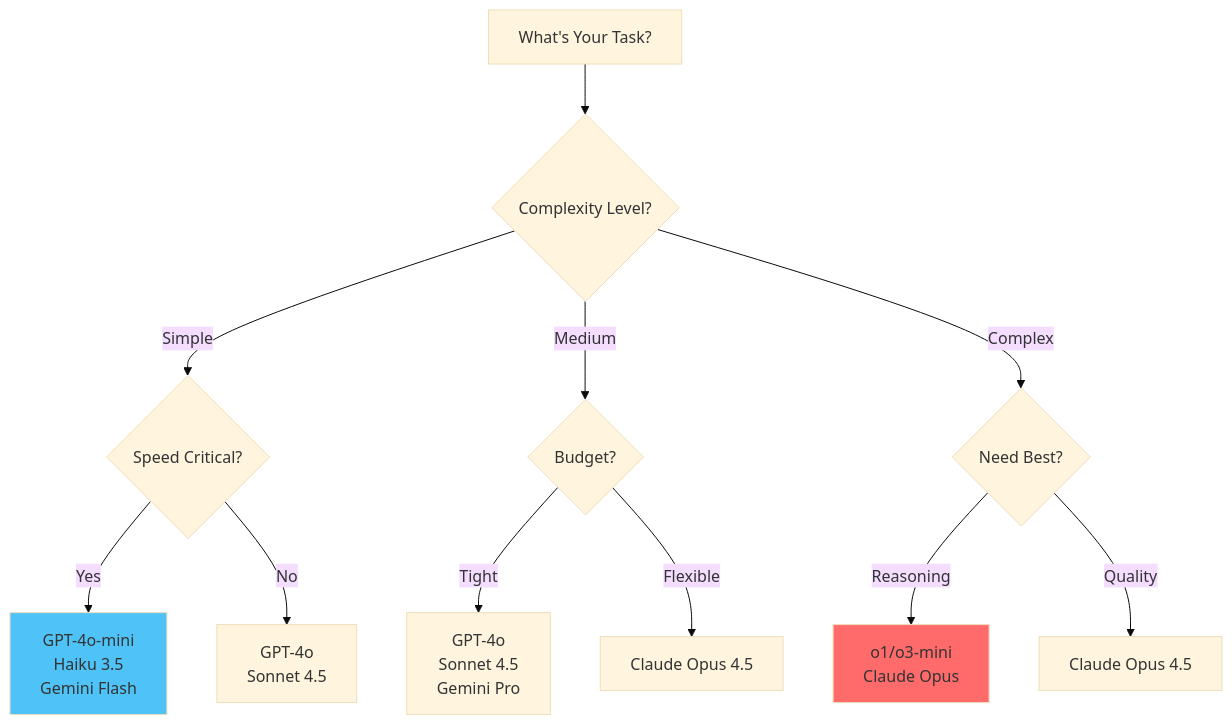
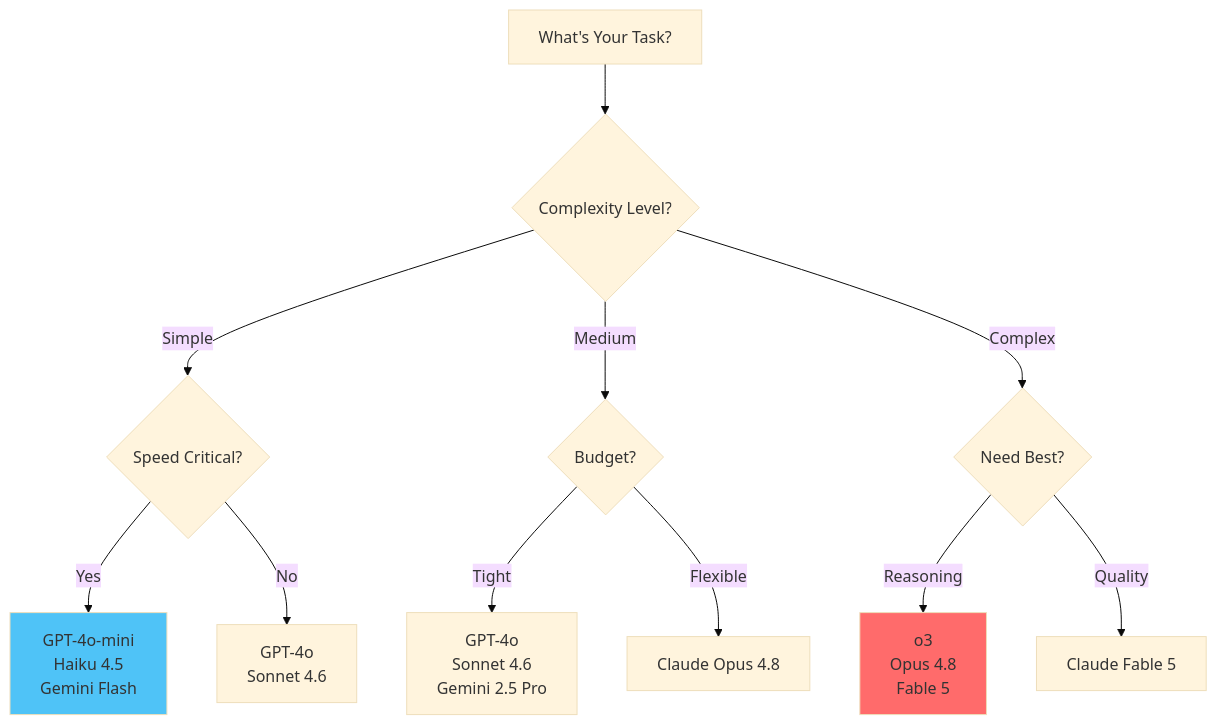
The sixth of 6 diagrams in public/data/workshops/workshop-02-morning-ai-api-access/01_concepts.md (DreamLab-AI/dreamlab-ai-website), drawn with Mermaid (base theme) before and after one commit. The commit also changed other lines of this file and 111 other files, not shown here.

````diff
--- a/public/data/workshops/workshop-02-morning-ai-api-access/01_concepts.md
+++ b/public/data/workshops/workshop-02-morning-ai-api-access/01_concepts.md
@@ -467,20 +453,20 @@
 ```mermaid
 graph TD
     A[What's Your Task?] --> B{Complexity Level?}
 
     B -->|Simple| C{Speed Critical?}
     B -->|Medium| D{Budget?}
     B -->|Complex| E{Need Best?}
 
-    C -->|Yes| F[GPT-4o-mini<br/>Haiku 3.5<br/>Gemini Flash]
-    C -->|No| G[GPT-4o<br/>Sonnet 4.5]
+    C -->|Yes| F[GPT-4o-mini<br/>Haiku 4.5<br/>Gemini Flash]
+    C -->|No| G[GPT-4o<br/>Sonnet 4.6]
 
-    D -->|Tight| H[GPT-4o<br/>Sonnet 4.5<br/>Gemini Pro]
-    D -->|Flexible| I[Claude Opus 4.5]
+    D -->|Tight| H[GPT-4o<br/>Sonnet 4.6<br/>Gemini 2.5 Pro]
+    D -->|Flexible| I[Claude Opus 4.8]
 
-    E -->|Reasoning| J[o1/o3-mini<br/>Claude Opus]
-    E -->|Quality| K[Claude Opus 4.5]
+    E -->|Reasoning| J[o3<br/>Opus 4.8<br/>Fable 5]
+    E -->|Quality| K[Claude Fable 5]
 
     style F fill:#4fc3f7
     style J fill:#ff6b6b
 ```
````
